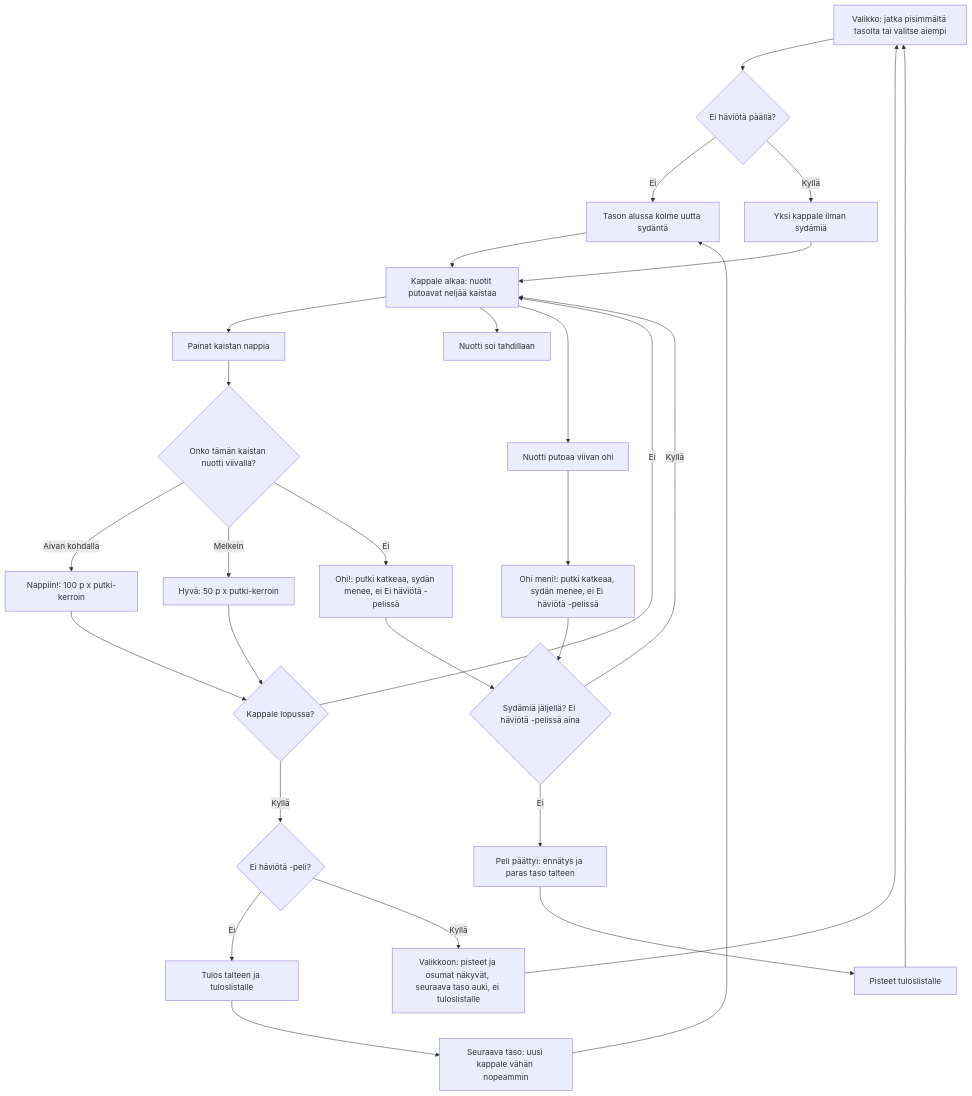
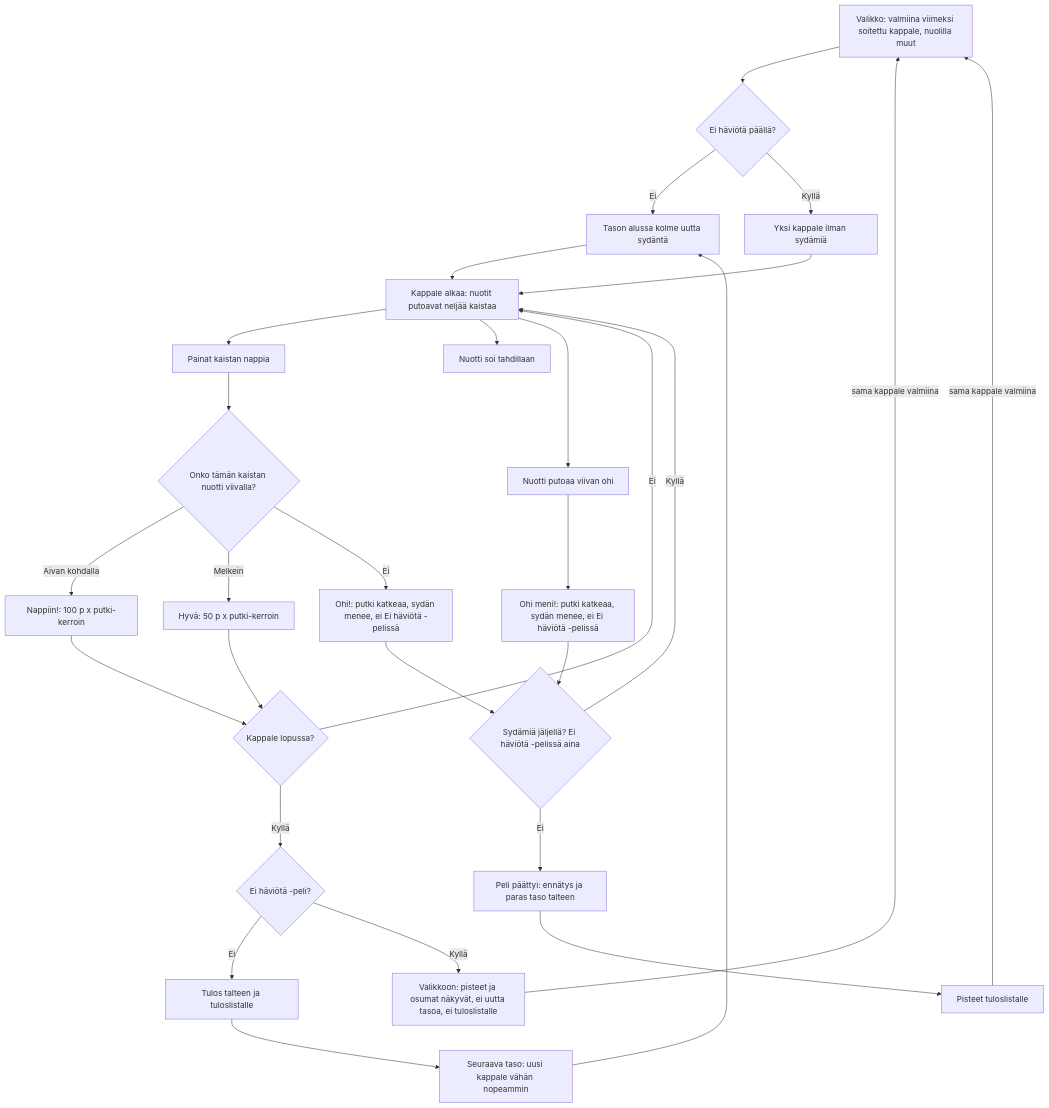
Before and after one commit to eerovil/ai-pelit: the diagram in docs/diagrams/piano.md, drawn with Mermaid. The commit also changed other lines of this file and 3 other files, not shown here.

````diff
--- a/docs/diagrams/piano.md
+++ b/docs/diagrams/piano.md
@@ -19,39 +21,39 @@
 ```mermaid
 flowchart TD
-  A[Valikko: jatka pisimmältä tasolta tai valitse aiempi] --> NF{Ei häviötä päällä?}
+  A[Valikko: valmiina viimeksi soitettu kappale, nuolilla muut] --> NF{Ei häviötä päällä?}
   NF -- Ei --> A2[Tason alussa kolme uutta sydäntä]
   NF -- Kyllä --> A3[Yksi kappale ilman sydämiä]
   A3 --> B
   A2 --> B[Kappale alkaa: nuotit putoavat neljää kaistaa]
   B --> C[Painat kaistan nappia]
   C --> D{Onko tämän kaistan nuotti viivalla?}
   D -- Aivan kohdalla --> E[Nappiin!: 100 p x putki-kerroin]
   D -- Melkein --> F[Hyvä: 50 p x putki-kerroin]
   D -- Ei --> G[Ohi!: putki katkeaa, sydän menee, ei Ei häviötä -pelissä]
   B --> H[Nuotti soi tahdillaan]
   E --> K
   F --> K
   B --> I[Nuotti putoaa viivan ohi]
   I --> J[Ohi meni!: putki katkeaa, sydän menee, ei Ei häviötä -pelissä]
   K{Kappale lopussa?}
   K -- Ei --> B
   K -- Kyllä --> KS{Ei häviötä -peli?}
   KS -- Ei --> V[Tulos talteen ja tuloslistalle]
-  KS -- Kyllä --> NE[Valikkoon: pisteet ja osumat näkyvät, seuraava taso auki, ei tuloslistalle]
-  NE --> A
+  KS -- Kyllä --> NE[Valikkoon: pisteet ja osumat näkyvät, ei uutta tasoa, ei tuloslistalle]
+  NE -- sama kappale valmiina --> A
   V --> L[Seuraava taso: uusi kappale vähän nopeammin]
   L --> A2
   G --> M{Sydämiä jäljellä? Ei häviötä -pelissä aina}
   J --> M
   M -- Kyllä --> B
   M -- Ei --> N[Peli päättyi: ennätys ja paras taso talteen]
   N --> O[Pisteet tuloslistalle]
-  O --> A
+  O -- sama kappale valmiina --> A
   class A,A2,A3,B,C blue
   class D,K,M,NF,KS amber
   class E,F,H teal
   class L green
   class G,I,J rose
   class N,O,NE violet
   class V green
 ```
````
